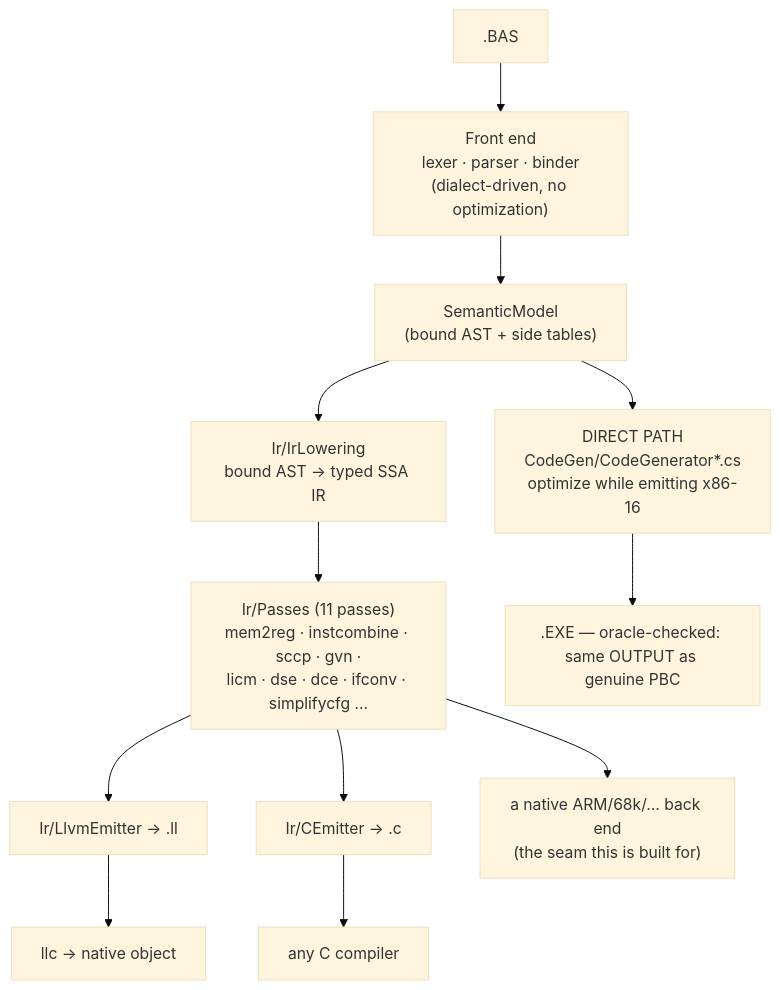
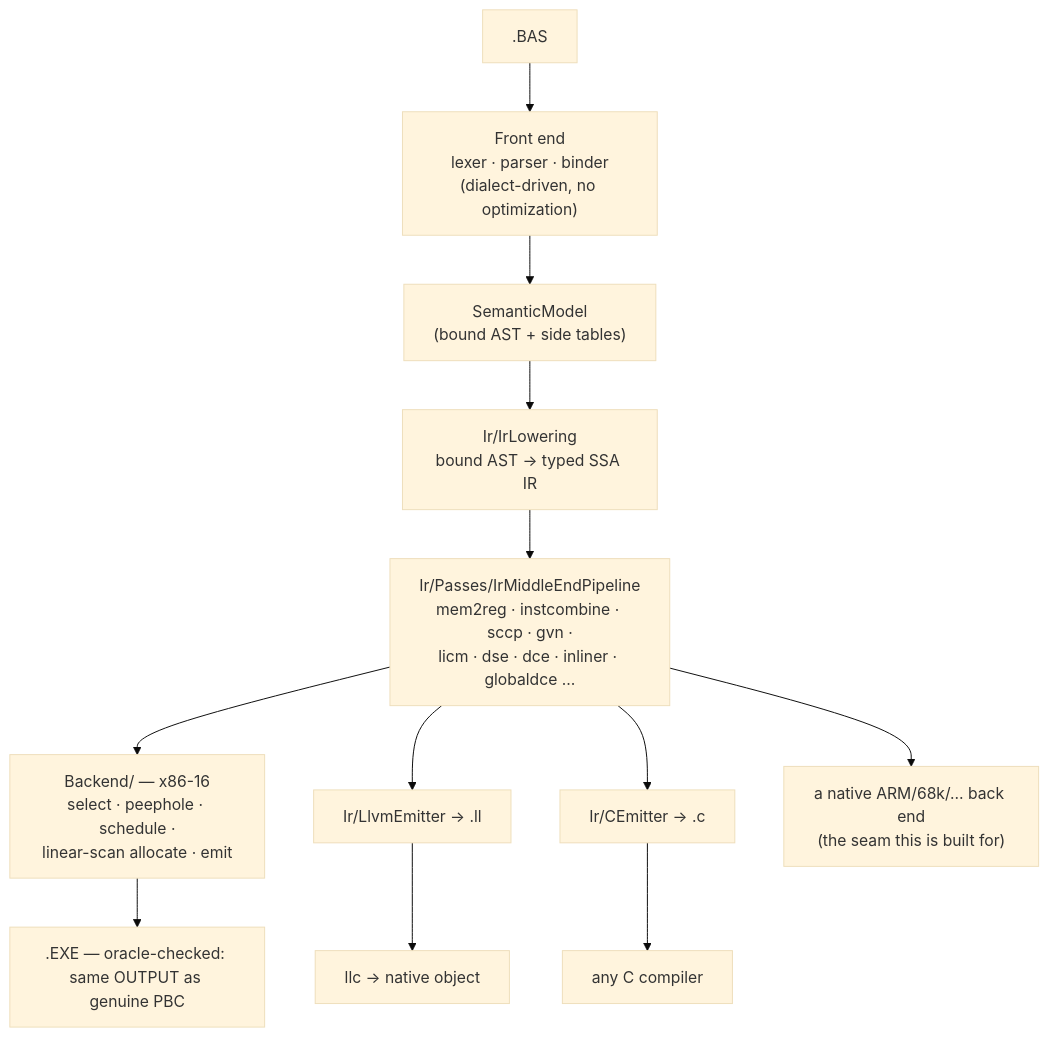
One commit to Hawkynt/PB-Compiler changed the diagram in docs/BACKENDS.md. Above: the diagram before and after it, drawn with Mermaid (base theme). The commit also changed other lines of this file and 695 other files, not shown here.

First line of the commit message:
* integrate compiler middle-end and backend work (#279)

````diff
--- a/docs/BACKENDS.md
+++ b/docs/BACKENDS.md
@@ -6,14 +7,14 @@
 ```mermaid
 flowchart TD
   SRC[".BAS"] --> FE["Front end<br/>lexer · parser · binder<br/>(dialect-driven, no optimization)"]
   FE --> SM["SemanticModel<br/>(bound AST + side tables)"]
-  SM --> DIRECT["DIRECT PATH<br/>CodeGen/CodeGenerator*.cs<br/>optimize while emitting x86-16"]
   SM --> IRL["Ir/IrLowering<br/>bound AST → typed SSA IR"]
-  IRL --> OPT["Ir/Passes (11 passes)<br/>mem2reg · instcombine · sccp · gvn ·<br/>licm · dse · dce · ifconv · simplifycfg …"]
+  IRL --> OPT["Ir/Passes/IrMiddleEndPipeline<br/>mem2reg · instcombine · sccp · gvn ·<br/>licm · dse · dce · inliner · globaldce …"]
+  OPT --> X86["Backend/ — x86-16<br/>select · peephole · schedule ·<br/>linear-scan allocate · emit"]
   OPT --> LLVM["Ir/LlvmEmitter → .ll"]
   OPT --> CEM["Ir/CEmitter → .c"]
   OPT --> NEXT["a native ARM/68k/… back end<br/>(the seam this is built for)"]
-  DIRECT --> EXE[".EXE — oracle-checked: same OUTPUT as genuine PBC"]
+  X86 --> EXE[".EXE — oracle-checked: same OUTPUT as genuine PBC"]
   LLVM --> NATIVE["llc → native object"]
   CEM --> CC["any C compiler"]
 ```
````
